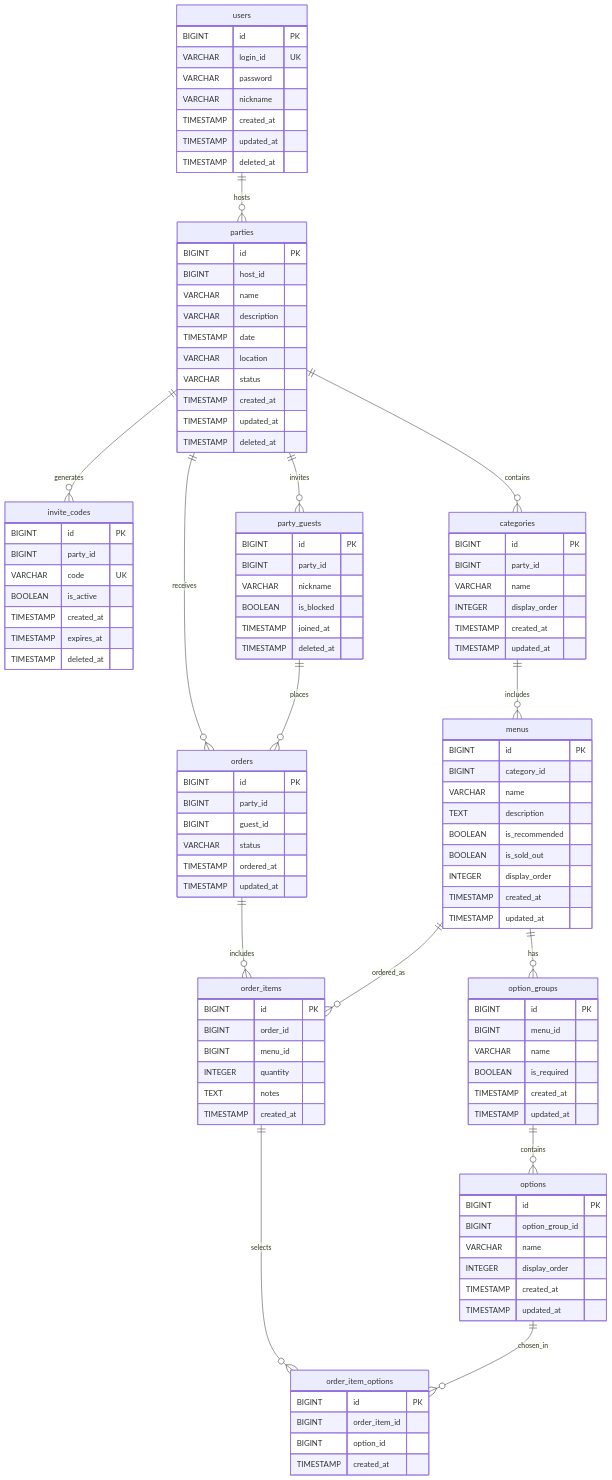
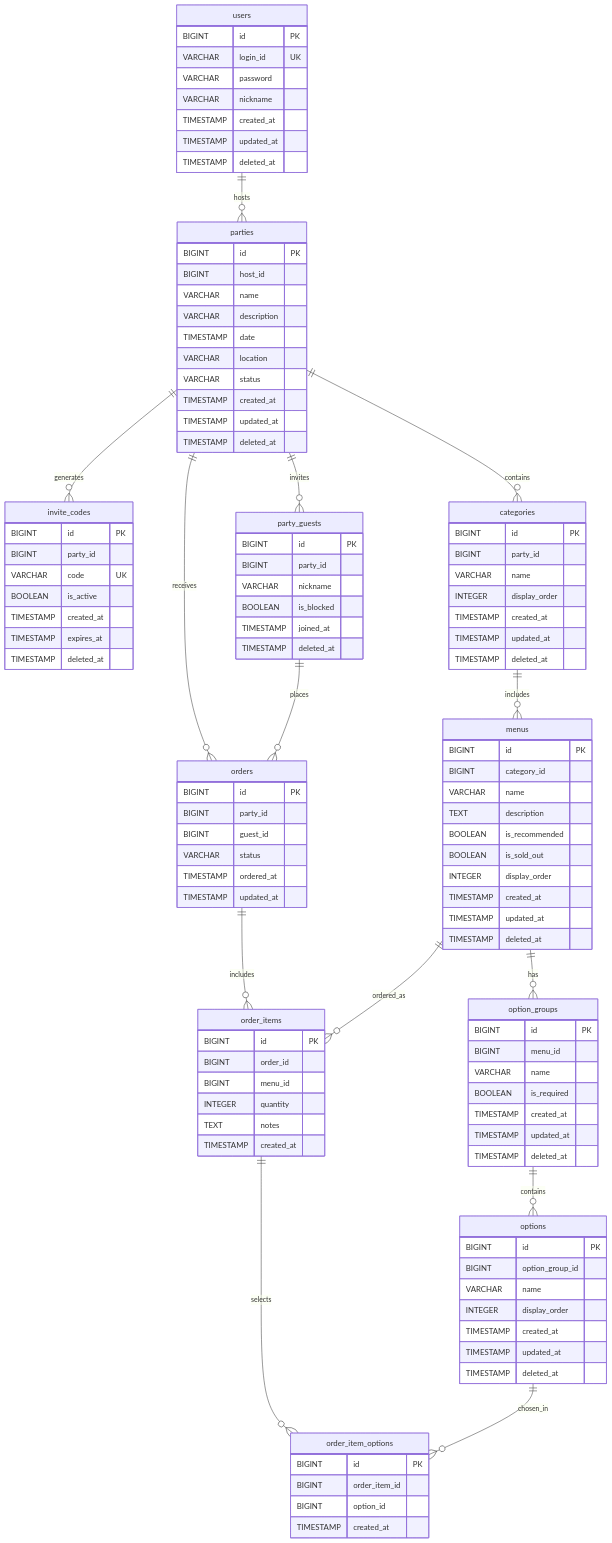
The diagram in README.md (wonjiyap/home-order), drawn with Mermaid before and after one commit.

Commit message:
readme 에 컬럼 업데이트 반영

```diff
--- a/README.md
+++ b/README.md
@@ -90,6 +90,7 @@
         INTEGER display_order
         TIMESTAMP created_at
         TIMESTAMP updated_at
+        TIMESTAMP deleted_at
     }
 
     menus {
@@ -102,6 +103,7 @@
         INTEGER display_order
         TIMESTAMP created_at
         TIMESTAMP updated_at
+        TIMESTAMP deleted_at
     }
 
     option_groups {
@@ -111,6 +113,7 @@
         BOOLEAN is_required
         TIMESTAMP created_at
         TIMESTAMP updated_at
+        TIMESTAMP deleted_at
     }
 
     options {
@@ -120,6 +123,7 @@
         INTEGER display_order
         TIMESTAMP created_at
         TIMESTAMP updated_at
+        TIMESTAMP deleted_at
     }
 
     orders {
```
